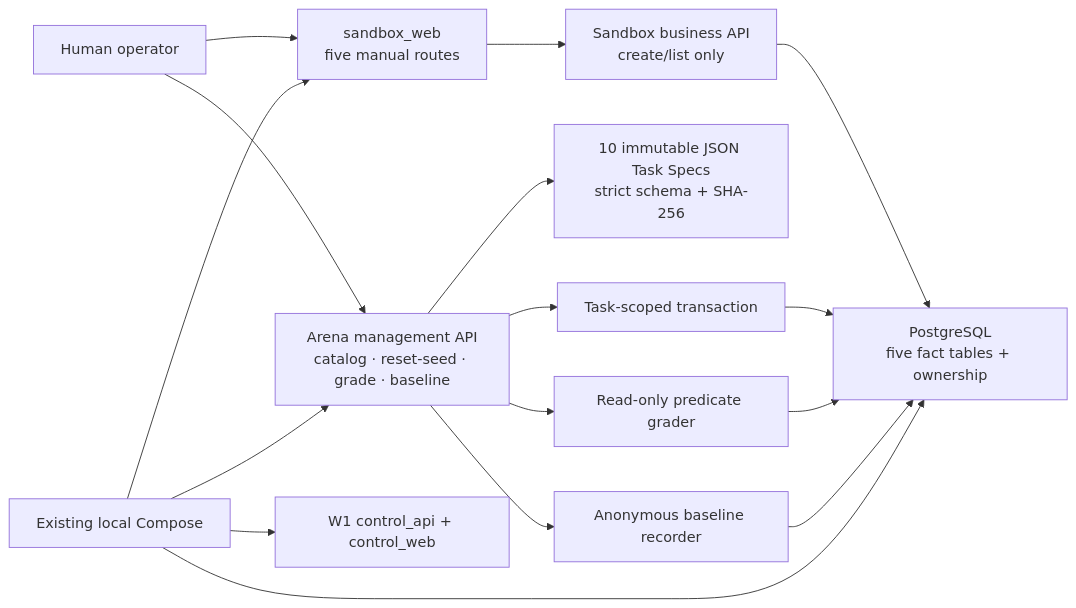
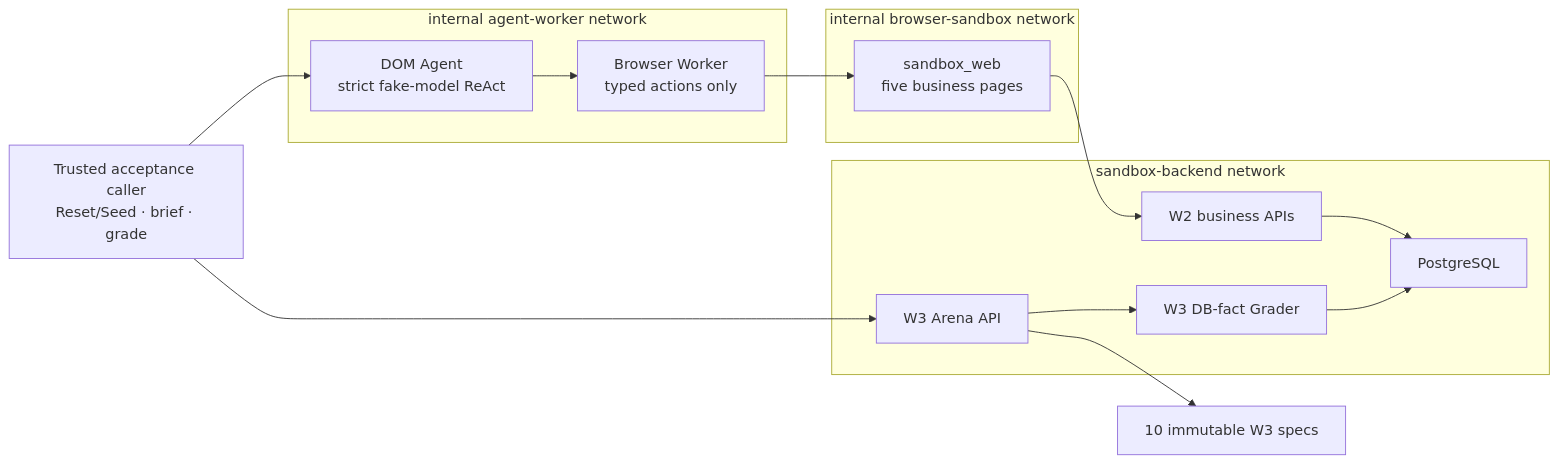
Before and after one commit to taka-wzx/flowpilot-arena: the diagram in docs/architecture.md, drawn with Mermaid. The commit also changed other lines of this file and 46 other files, not shown here.

Commit message:
feat: establish W4 DOM agent foundation

````diff
--- a/docs/architecture.md
+++ b/docs/architecture.md
@@ -10,18 +10,28 @@
 ```mermaid
 flowchart LR
-    Human["Human operator"] --> SW["sandbox_web\nfive manual routes"]
-    SW --> Business["Sandbox business API\ncreate/list only"]
-    Human --> Arena["Arena management API\ncatalog · reset-seed · grade · baseline"]
-    Arena --> Specs["10 immutable JSON Task Specs\nstrict schema + SHA-256"]
-    Arena --> Reset["Task-scoped transaction"]
-    Arena --> Grader["Read-only predicate grader"]
-    Arena --> Baseline["Anonymous baseline recorder"]
-    Business --> PG["PostgreSQL\nfive fact tables + ownership"]
-    Reset --> PG
-    Grader --> PG
-    Baseline --> PG
-    Compose["Existing local Compose"] --> SW
-    Compose --> Arena
-    Compose --> PG
-    Compose --> W1["W1 control_api + control_web"]
+    Caller["Trusted acceptance caller\nReset/Seed · brief · grade"] --> Arena["W3 Arena API"]
+    Caller --> Agent["DOM Agent\nstrict fake-model ReAct"]
+    Agent --> Worker["Browser Worker\ntyped actions only"]
+    Worker --> Web["sandbox_web\nfive business pages"]
+    Web --> Business["W2 business APIs"]
+    Arena --> Specs["10 immutable W3 specs"]
+    Arena --> Grader["W3 DB-fact Grader"]
+    Business --> DB["PostgreSQL"]
+    Grader --> DB
+
+    subgraph AgentNetwork["internal agent-worker network"]
+        Agent
+        Worker
+    end
+    subgraph BrowserNetwork["internal browser-sandbox network"]
+        Worker
+        Web
+    end
+    subgraph SandboxNetwork["sandbox-backend network"]
+        Web
+        Business
+        Arena
+        Grader
+        DB
+    end
 ```
````
